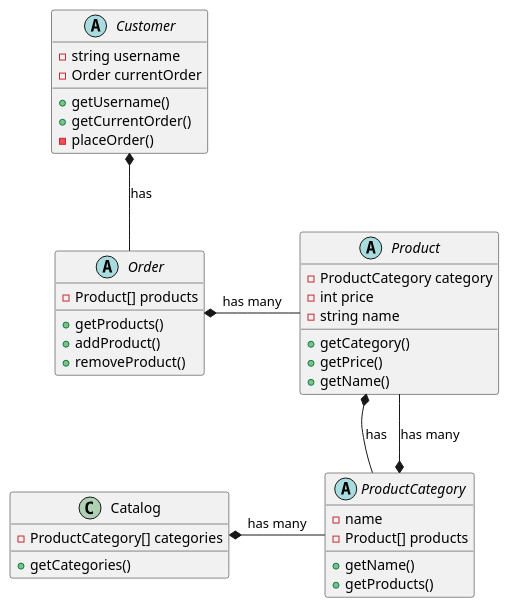
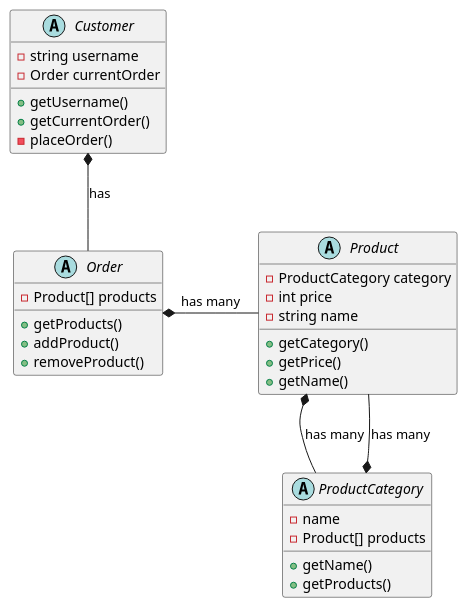
Before and after one commit to jsantos42/OnlineShopAPI: the diagram in diagram.puml, drawn with PlantUML.

Commit message:
feat: update UML diagram
remove Catalog class
change relationship Product-ProductCategory

```diff
--- a/diagram.puml
+++ b/diagram.puml
@@ -1,51 +1,45 @@
 @startuml
 'https://plantuml.com/class-diagram
 
 abstract class Customer {
     - string username
     - Order currentOrder
     + getUsername()
     + getCurrentOrder()
     - placeOrder()
 }
 
 
 abstract class Order {
     - Product[] products
     + getProducts()
     + addProduct()
     + removeProduct()
 }
 
 
 abstract class Product {
     - ProductCategory category
     - int price
     - string name
     + getCategory()
     + getPrice()
     + getName()
 }
 
 
 abstract class ProductCategory {
     - name
     - Product[] products
     + getName()
     + getProducts()
 }
 
-class Catalog {
-    - ProductCategory[] categories
-    + getCategories()
-}
-
 
 Customer *-- Order: has
 Order *- Product: has many
-Product *-- ProductCategory: has
+Product *-- ProductCategory: has many
 Product --* ProductCategory: has many
-Catalog *- ProductCategory: has many
 
 
 @enduml
```
